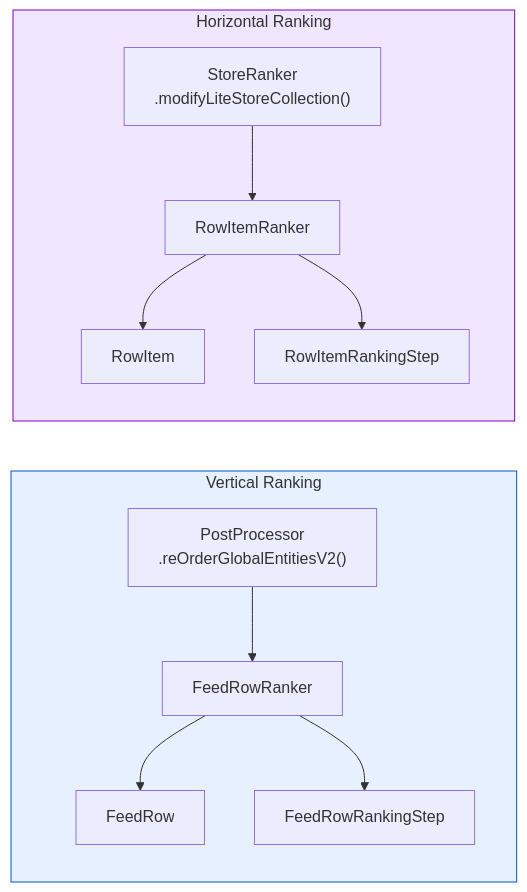
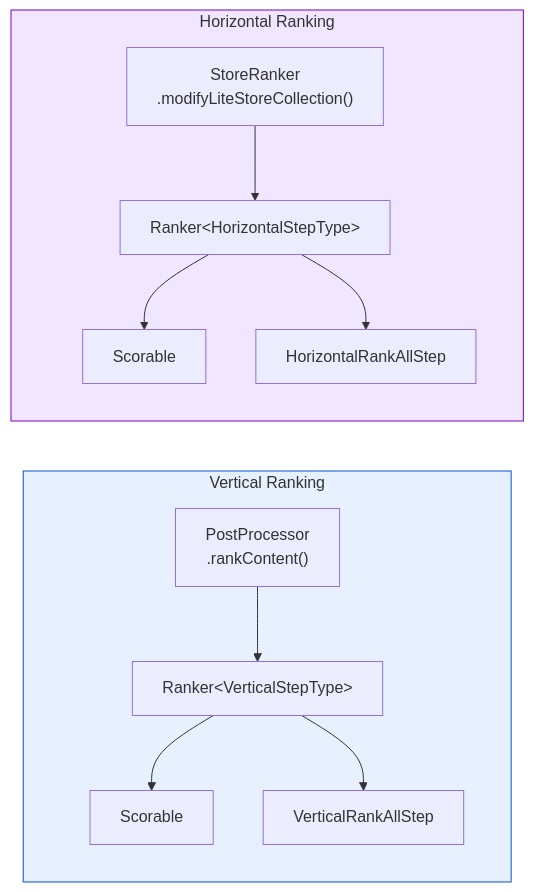
The third of 4 diagrams in unified-blending-platform/spec/rfc-abstraction-layer.md (daniel-fonyo/dd-brain), drawn with Mermaid before and after one commit. The commit also changed other lines of this file, not shown here.

First line of the commit message:
Rewrite rfc-abstraction-layer.md to match Scorable implementation

````diff
--- a/unified-blending-platform/spec/rfc-abstraction-layer.md
+++ b/unified-blending-platform/spec/rfc-abstraction-layer.md
@@ -537,31 +413,31 @@
 ```mermaid
 flowchart LR
     subgraph vertical["Vertical Ranking"]
         direction TB
         V_INC["PostProcessor
-        .reOrderGlobalEntitiesV2()"]
-        V_ENG["FeedRowRanker"]
-        V_IF["FeedRow"]
-        V_STEP["FeedRowRankingStep"]
+        .rankContent()"]
+        V_ENG["Ranker&lt;VerticalStepType&gt;"]
+        V_IF["Scorable"]
+        V_STEP["VerticalRankAllStep"]
 
         V_INC --> V_ENG
         V_ENG --> V_IF
         V_ENG --> V_STEP
     end
 
     subgraph horizontal["Horizontal Ranking"]
         direction TB
         H_INC["StoreRanker
         .modifyLiteStoreCollection()"]
-        H_ENG["RowItemRanker"]
-        H_IF["RowItem"]
-        H_STEP["RowItemRankingStep"]
+        H_ENG["Ranker&lt;HorizontalStepType&gt;"]
+        H_IF["Scorable"]
+        H_STEP["HorizontalRankAllStep"]
 
         H_INC --> H_ENG
         H_ENG --> H_IF
         H_ENG --> H_STEP
     end
 
     style vertical fill:#e6f0ff,stroke:#0055cc
     style horizontal fill:#f0e6ff,stroke:#7700cc
 ```
````
